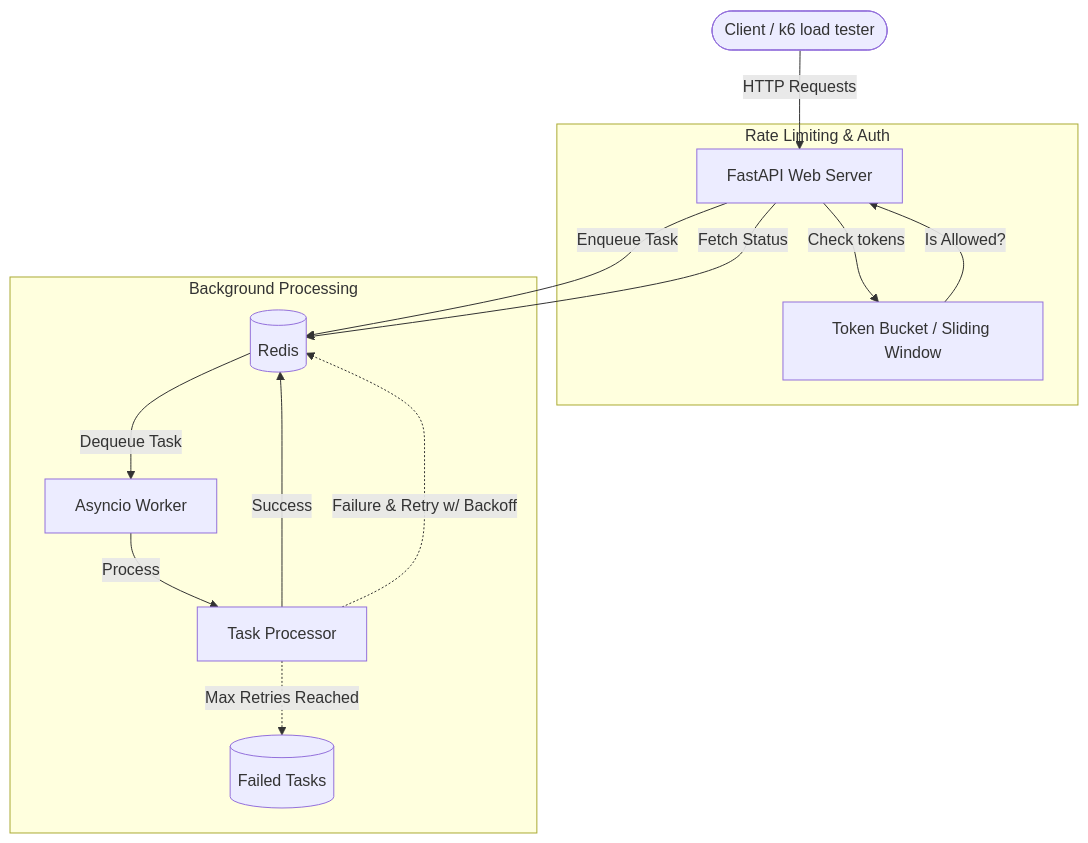
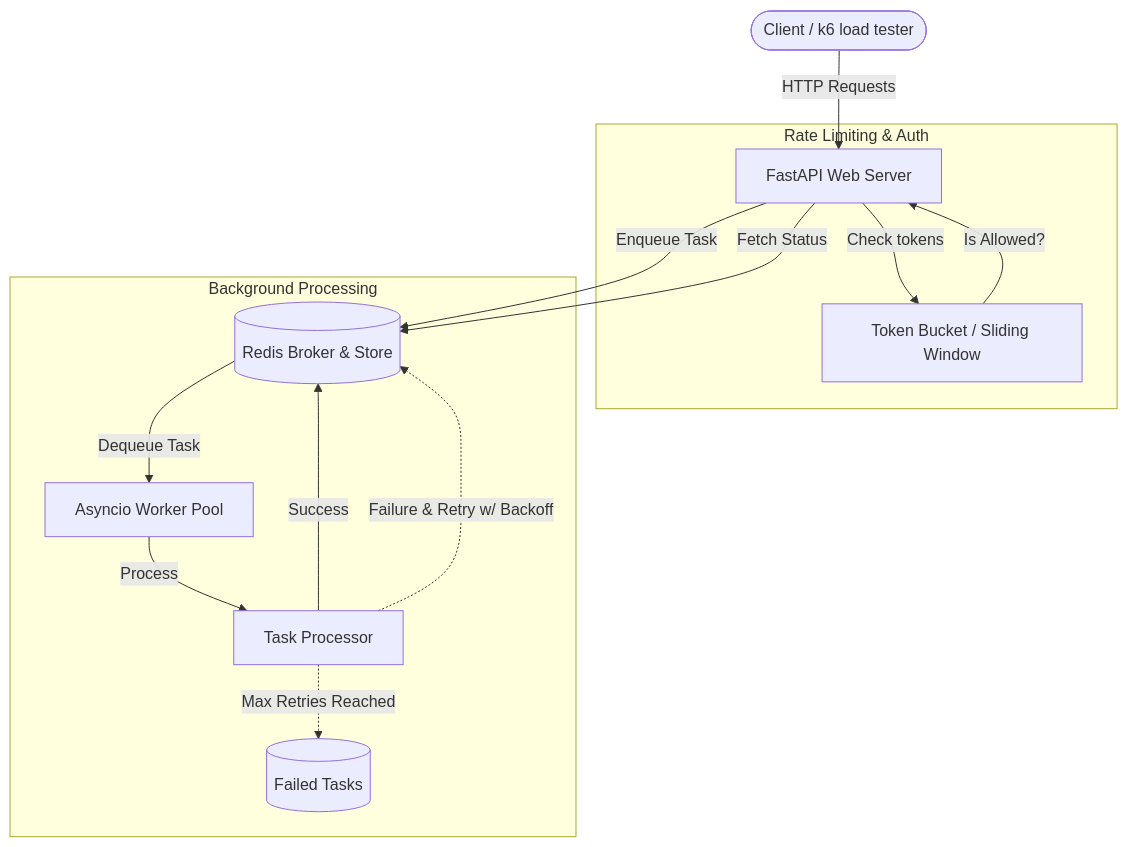
One commit to aniruddhajadhav7/PyFlow changed the diagram in README.md. Above: the diagram before and after it, drawn with Mermaid. The commit also changed other lines of this file, not shown here.

````diff
--- a/README.md
+++ b/README.md
@@ -12,20 +34,20 @@
 ```mermaid
 graph TD;
     Client([Client / k6 load tester]) -->|HTTP Requests| API[FastAPI Web Server];
     
     subgraph Rate Limiting & Auth
         API -->|Check tokens| RL[Token Bucket / Sliding Window];
         RL -->|Is Allowed?| API;
     end
 
-    API -->|Enqueue Task| Redis[(Redis)];
+    API -->|Enqueue Task| Redis[(Redis Broker & Store)];
     API -->|Fetch Status| Redis;
     
     subgraph Background Processing
-        Redis -->|Dequeue Task| Worker[Asyncio Worker];
+        Redis -->|Dequeue Task| Worker[Asyncio Worker Pool];
         Worker -->|Process| TaskEngine[Task Processor];
         TaskEngine -->|Success| Redis;
         TaskEngine -.->|Failure & Retry w/ Backoff| Redis;
         TaskEngine -.->|Max Retries Reached| FailedQueue[(Failed Tasks)];
     end
 ```
````
